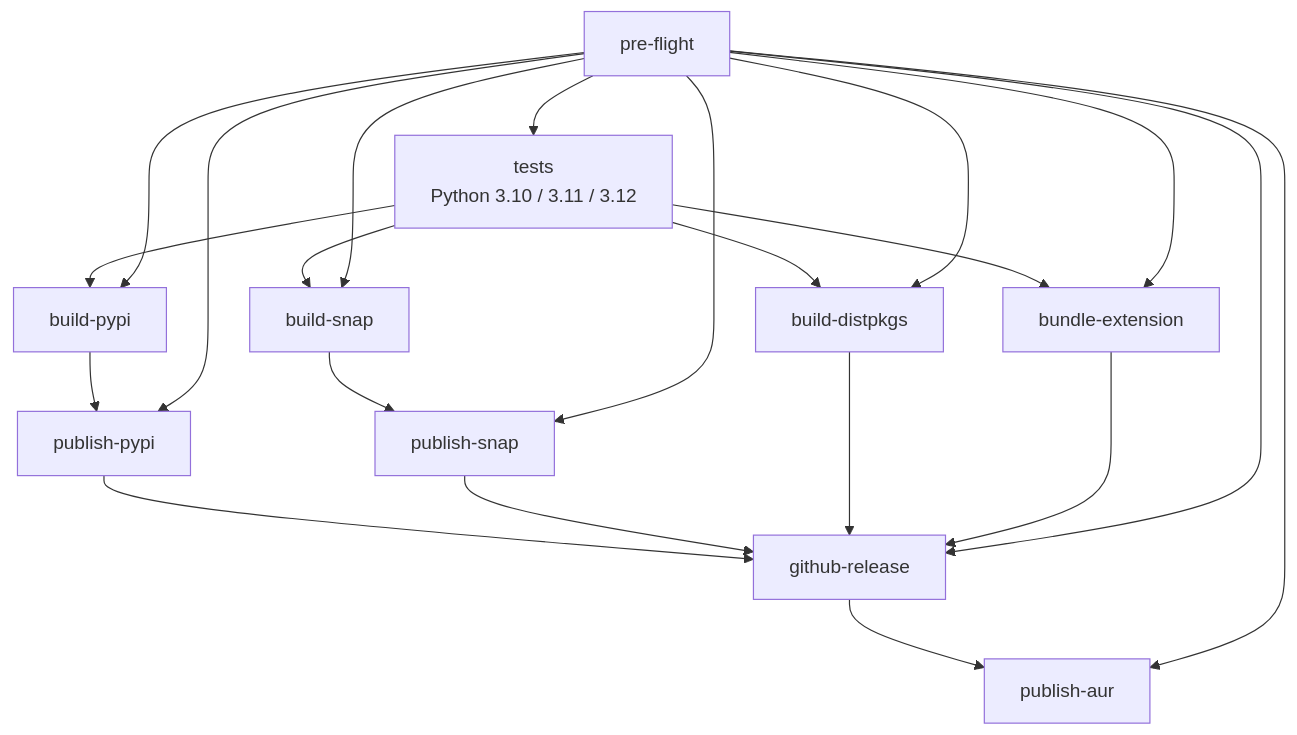
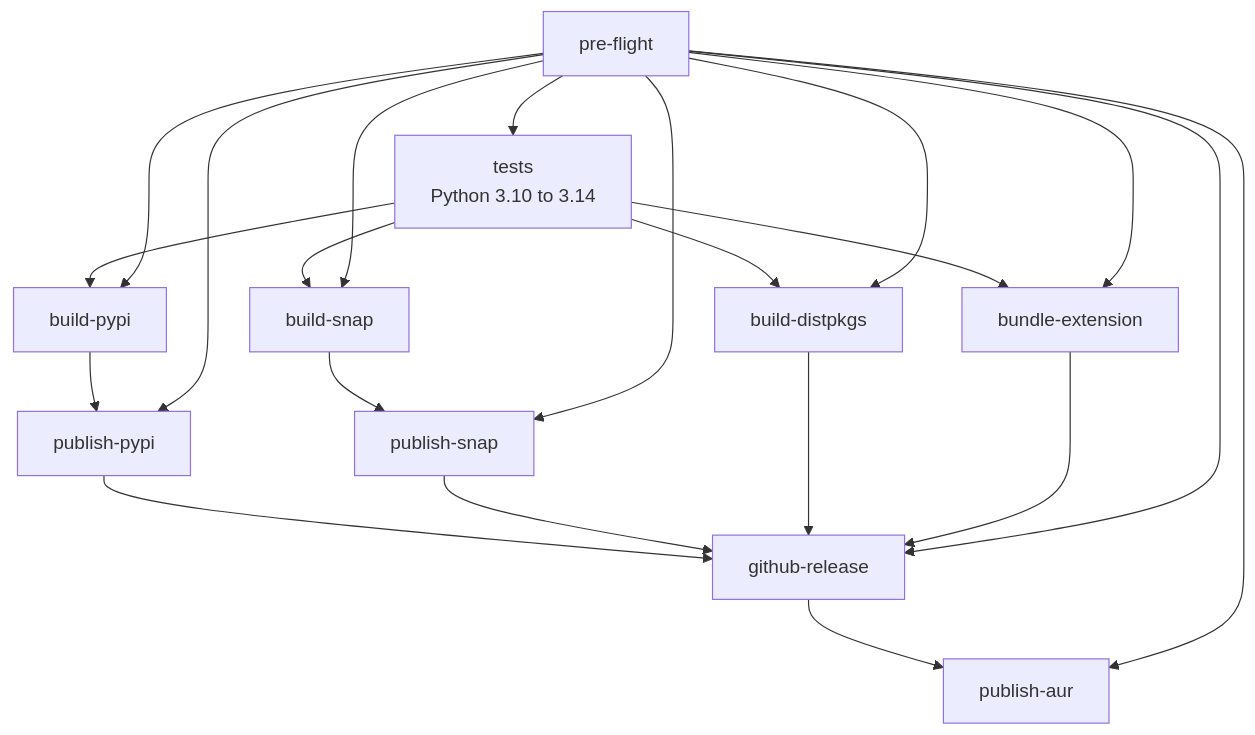
One commit to MohammedEl-sayedAhmed/clipman changed the diagram in docs/ci-cd.md. Above: the diagram before and after it, drawn with Mermaid. The commit also changed other lines of this file and 13 other files, not shown here.

````diff
--- a/docs/ci-cd.md
+++ b/docs/ci-cd.md
@@ -35,34 +35,34 @@
 ```mermaid
 flowchart TD
     PF[pre-flight]
-    T[tests<br/>Python 3.10 / 3.11 / 3.12]
+    T[tests<br/>Python 3.10 to 3.14]
     BP[build-pypi]
     BS[build-snap]
     BD[build-distpkgs]
     BE[bundle-extension]
     PP[publish-pypi]
     PS[publish-snap]
     GR[github-release]
     PA[publish-aur]
 
     PF --> T
     T --> BP
     T --> BS
     T --> BD
     T --> BE
     PF --> BP
     PF --> BS
     PF --> BD
     PF --> BE
     BP --> PP
     PF --> PP
     BS --> PS
     PF --> PS
     PP --> GR
     PS --> GR
     BD --> GR
     BE --> GR
     PF --> GR
     GR --> PA
     PF --> PA
 ```
````
